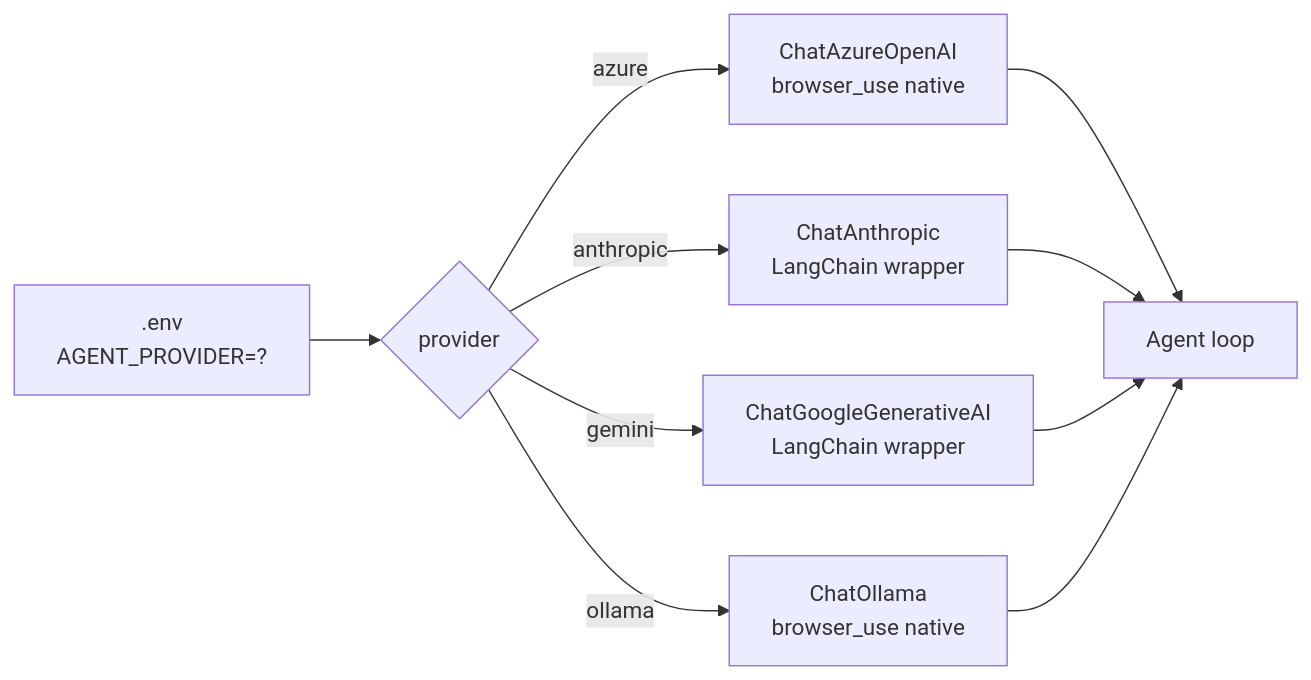
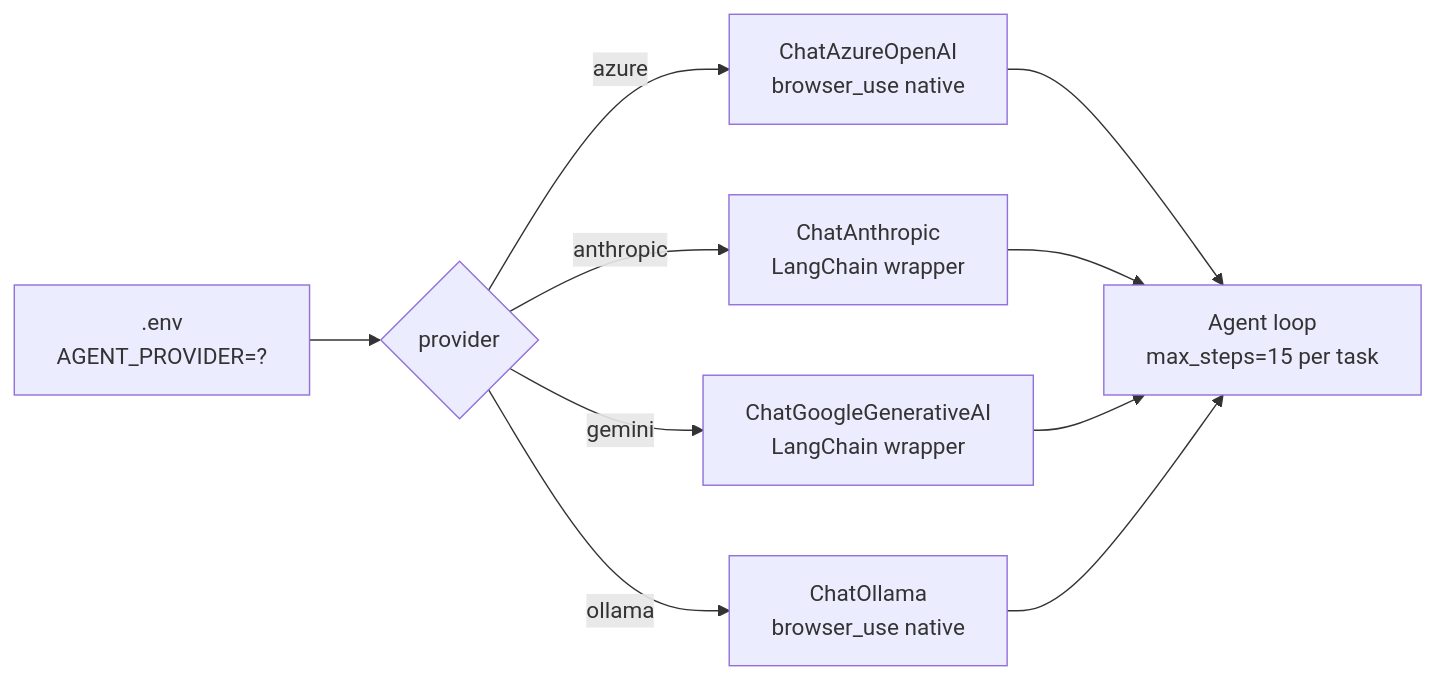
Diagram 13 of 14 in README.md (chala2001/compliance-evidence-portal), drawn with Mermaid before and after one commit. The commit also changed other lines of this file and 6 other files, not shown here.

````diff
--- a/README.md
+++ b/README.md
@@ -660,13 +948,13 @@
 ```mermaid
 flowchart LR
     ENV[".env<br/>AGENT_PROVIDER=?"]
     ENV --> A{provider}
     A -->|azure| AZ[ChatAzureOpenAI<br/>browser_use native]
     A -->|anthropic| AN[ChatAnthropic<br/>LangChain wrapper]
     A -->|gemini| GE[ChatGoogleGenerativeAI<br/>LangChain wrapper]
     A -->|ollama| OL[ChatOllama<br/>browser_use native]
-    AZ --> Agent[Agent loop]
+    AZ --> Agent[Agent loop<br/>max_steps=15 per task]
     AN --> Agent
     GE --> Agent
     OL --> Agent
 ```
````
